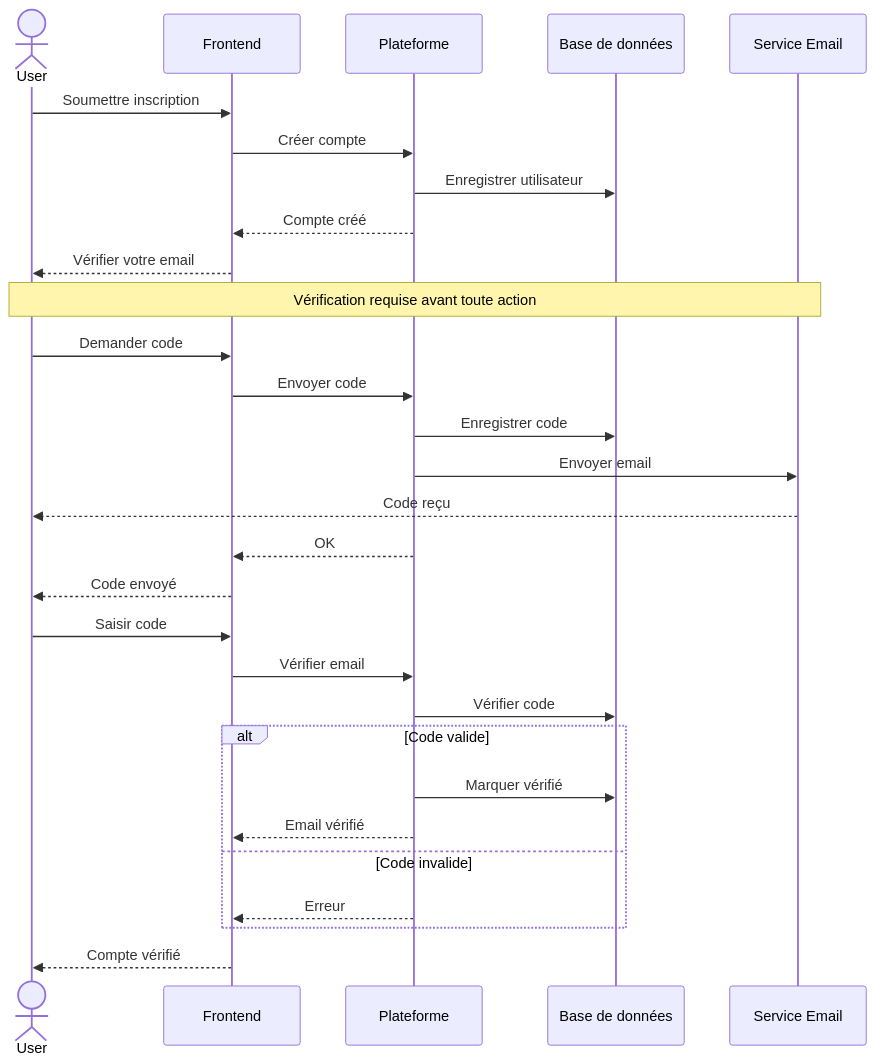
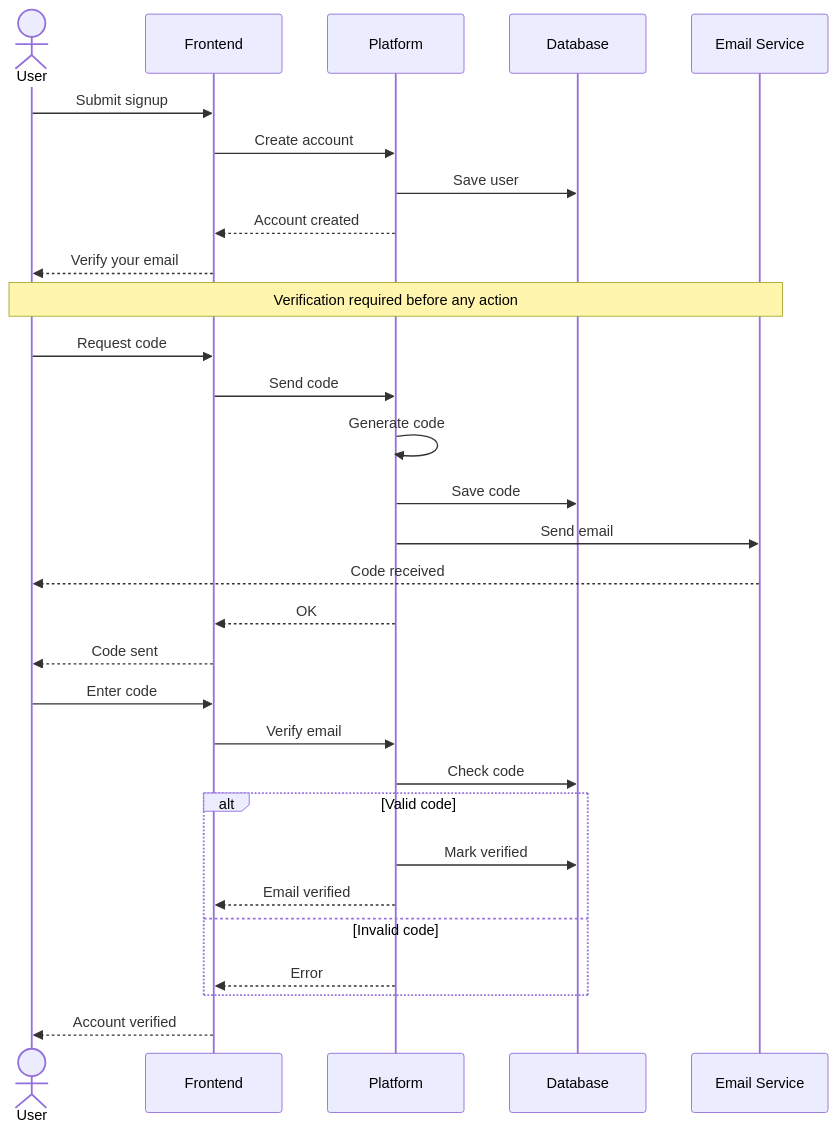
The first of 16 diagrams in docs/SEQUENCE_DIAGRAMS.md (MohamedChebbi123/teamnest), drawn with Mermaid before and after one commit. The commit also changed other lines of this file, not shown here.

````diff
--- a/docs/SEQUENCE_DIAGRAMS.md
+++ b/docs/SEQUENCE_DIAGRAMS.md
@@ -24,35 +24,36 @@
 ```mermaid
 sequenceDiagram
     actor User
     participant FE as Frontend
-    participant API as Plateforme
-    participant DB as Base de données
-    participant Mail as Service Email
+    participant API as Platform
+    participant DB as Database
+    participant Mail as Email Service
 
-    User->>FE: Soumettre inscription
-    FE->>API: Créer compte
-    API->>DB: Enregistrer utilisateur
-    API-->>FE: Compte créé
-    FE-->>User: Vérifier votre email
+    User->>FE: Submit signup
+    FE->>API: Create account
+    API->>DB: Save user
+    API-->>FE: Account created
+    FE-->>User: Verify your email
 
-    Note over User,Mail: Vérification requise avant toute action
+    Note over User,Mail: Verification required before any action
 
-    User->>FE: Demander code
-    FE->>API: Envoyer code
-    API->>DB: Enregistrer code
-    API->>Mail: Envoyer email
-    Mail-->>User: Code reçu
+    User->>FE: Request code
+    FE->>API: Send code
+    API->>API: Generate code
+    API->>DB: Save code
+    API->>Mail: Send email
+    Mail-->>User: Code received
     API-->>FE: OK
-    FE-->>User: Code envoyé
+    FE-->>User: Code sent
 
-    User->>FE: Saisir code
-    FE->>API: Vérifier email
-    API->>DB: Vérifier code
-    alt Code valide
-        API->>DB: Marquer vérifié
-        API-->>FE: Email vérifié
-    else Code invalide
-        API-->>FE: Erreur
+    User->>FE: Enter code
+    FE->>API: Verify email
+    API->>DB: Check code
+    alt Valid code
+        API->>DB: Mark verified
+        API-->>FE: Email verified
+    else Invalid code
+        API-->>FE: Error
     end
-    FE-->>User: Compte vérifié
+    FE-->>User: Account verified
 ```
````
